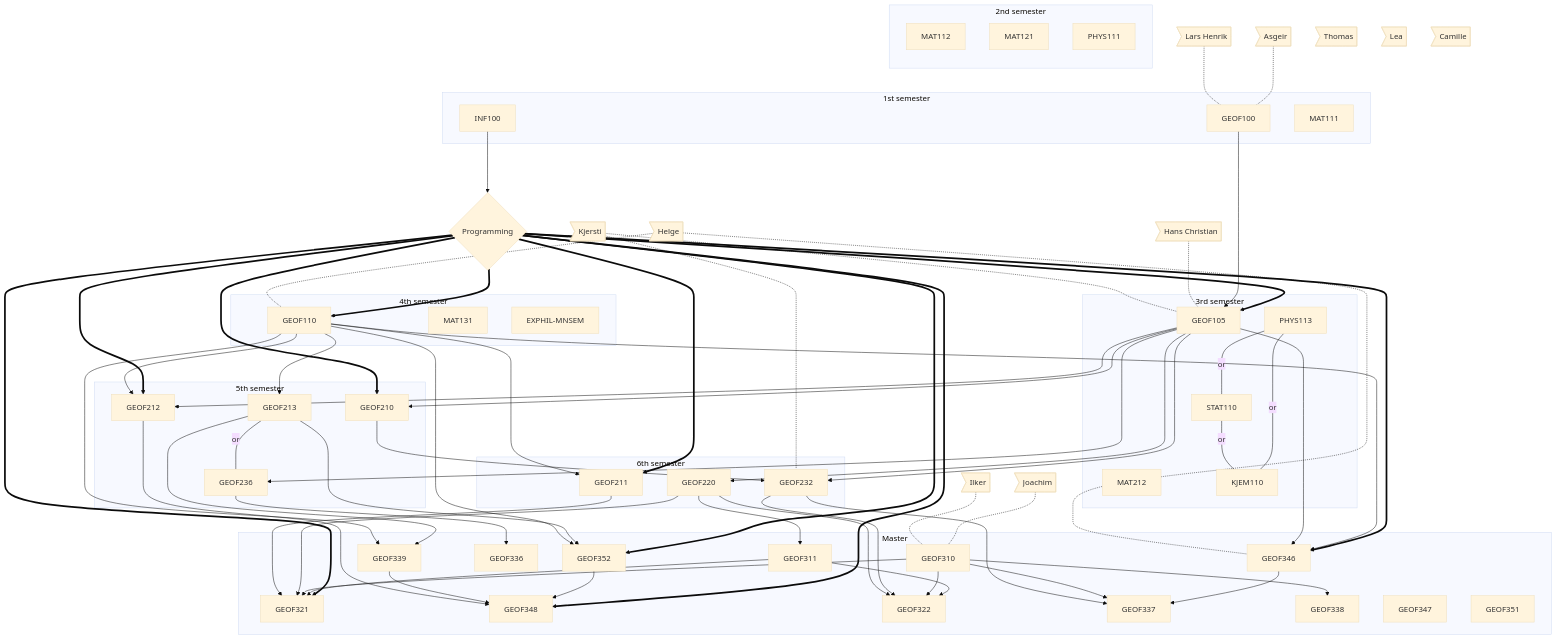
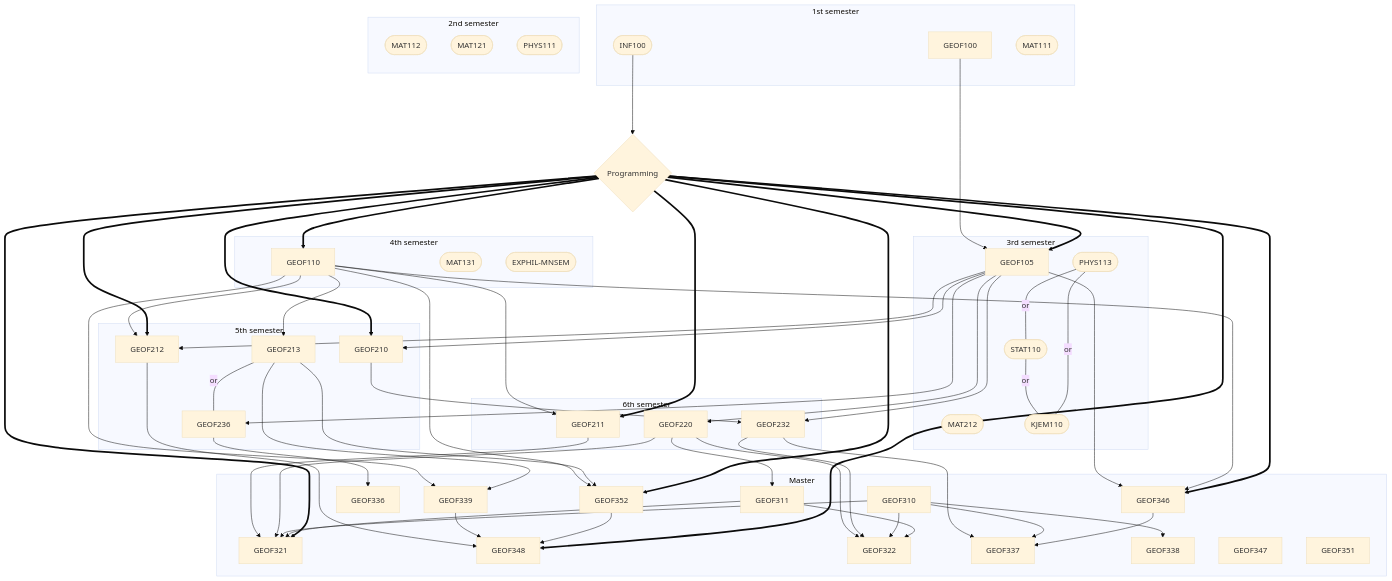
The diagram in README.md (julienweihs/GEOF), drawn with Mermaid (base theme) before and after one commit.

Commit message:
created PDF

````diff
--- a/README.md
+++ b/README.md
@@ -4,27 +4,27 @@
 ``` mermaid
 flowchart
     
-    Kj>Kjersti] -.- GEOF105
-    Kj -.- GEOF232
+    %%Kj>Kjersti] -.- GEOF105
+    %%Kj -.- GEOF232
     
-    He>Helge] -.- GEOF110
-    He -.- GEOF346
+    %%He>Helge] -.- GEOF110
+    %%He -.- GEOF346
 
-    LaHe>Lars Henrik] -.- GEOF100
+    %%LaHe>Lars Henrik] -.- GEOF100
     
-    HaCh>Hans Christian] -.- GEOF105
+    %%HaCh>Hans Christian] -.- GEOF105
     
-    As>Asgeir] -.- GEOF100
+    %%As>Asgeir] -.- GEOF100
     
-    Th>Thomas]
+    %%Th>Thomas]
     
-    Le>Lea]
+    %%Le>Lea]
     
-    Ca>Camille]
+    %%Ca>Camille]
     
-    Il>Ilker] -.- GEOF310
+    %%Il>Ilker] -.- GEOF310
     
-    Jo>Joachim] -.- GEOF310
+    %%Jo>Joachim] -.- GEOF310
 
     PROG{Programming}
 
@@ -58,7 +58,7 @@
 
     GEOF352 --> GEOF348
 
-    INF100 ---> PROG
+    INF100([INF100]) ---> PROG
 
 
 
@@ -78,29 +78,29 @@
     direction TB
 
     subgraph 1st semester
-        MAT111
+        MAT111id([MAT111])
         INF100
         GEOF100
     end
 
     subgraph 2nd semester
         direction TB
-        MAT112
-        MAT121
-        PHYS111
+        MAT112([MAT112])
+        MAT121([MAT121])
+        PHYS111([PHYS111])
     end
     
     subgraph 3rd semester
-        MAT212
+        MAT212([MAT212])
         GEOF105
-        PHYS113 --- |or| STAT110 --- |or| KJEM110 
+        PHYS113([PHYS113]) --- |or| STAT110([STAT110]) --- |or| KJEM110([KJEM110]) 
         KJEM110 --- |or| PHYS113
     end
     
     subgraph 4th semester
         GEOF110
-        MAT131
-        EXPHIL-MNSEM
+        MAT131([MAT131])
+        EX([EXPHIL-MNSEM])
     end
     
     subgraph 5th semester
````
